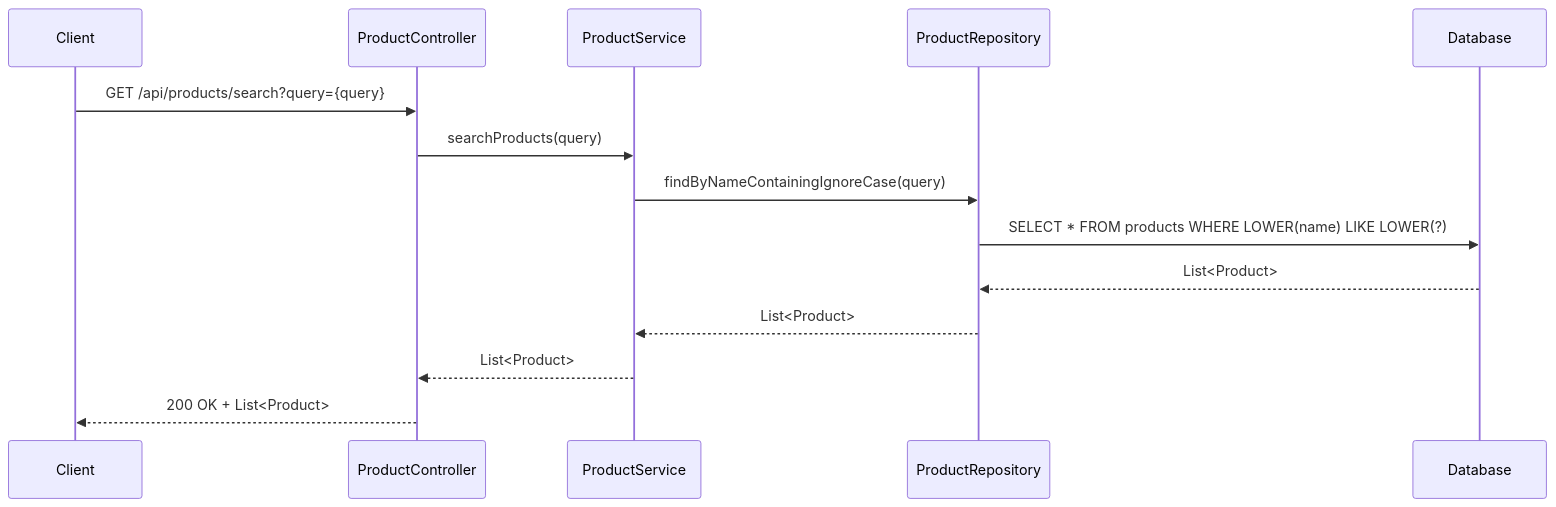
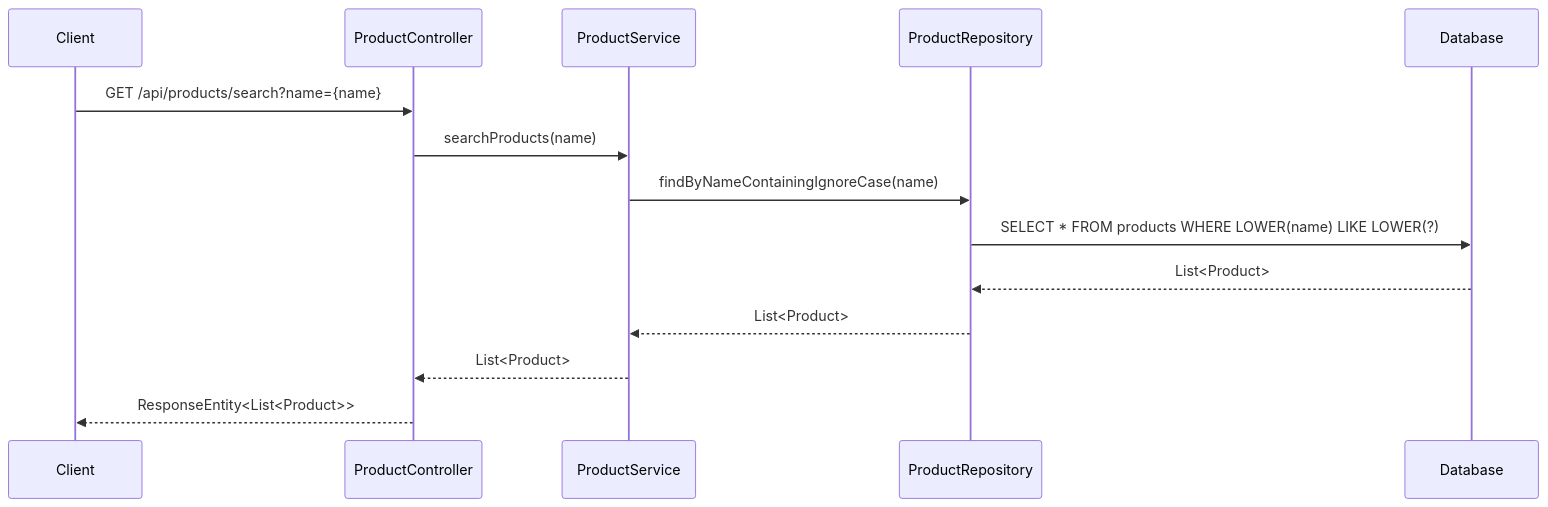
The tenth of 10 diagrams in docs/LLD/lld.md (NavneetBN47/aava-ecom-demo), drawn with Mermaid before and after one commit. The commit also changed other lines of this file, not shown here.

````diff
--- a/docs/LLD/lld.md
+++ b/docs/LLD/lld.md
@@ -264,17 +304,17 @@
 ```mermaid
 sequenceDiagram
     participant Client
     participant ProductController
     participant ProductService
     participant ProductRepository
     participant Database
     
-    Client->>ProductController: GET /api/products/search?query={query}
-    ProductController->>ProductService: searchProducts(query)
-    ProductService->>ProductRepository: findByNameContainingIgnoreCase(query)
+    Client->>ProductController: GET /api/products/search?name={name}
+    ProductController->>ProductService: searchProducts(name)
+    ProductService->>ProductRepository: findByNameContainingIgnoreCase(name)
     ProductRepository->>Database: SELECT * FROM products WHERE LOWER(name) LIKE LOWER(?)
     Database-->>ProductRepository: List<Product>
     ProductRepository-->>ProductService: List<Product>
     ProductService-->>ProductController: List<Product>
-    ProductController-->>Client: 200 OK + List<Product>
+    ProductController-->>Client: ResponseEntity<List<Product>>
 ```
````
